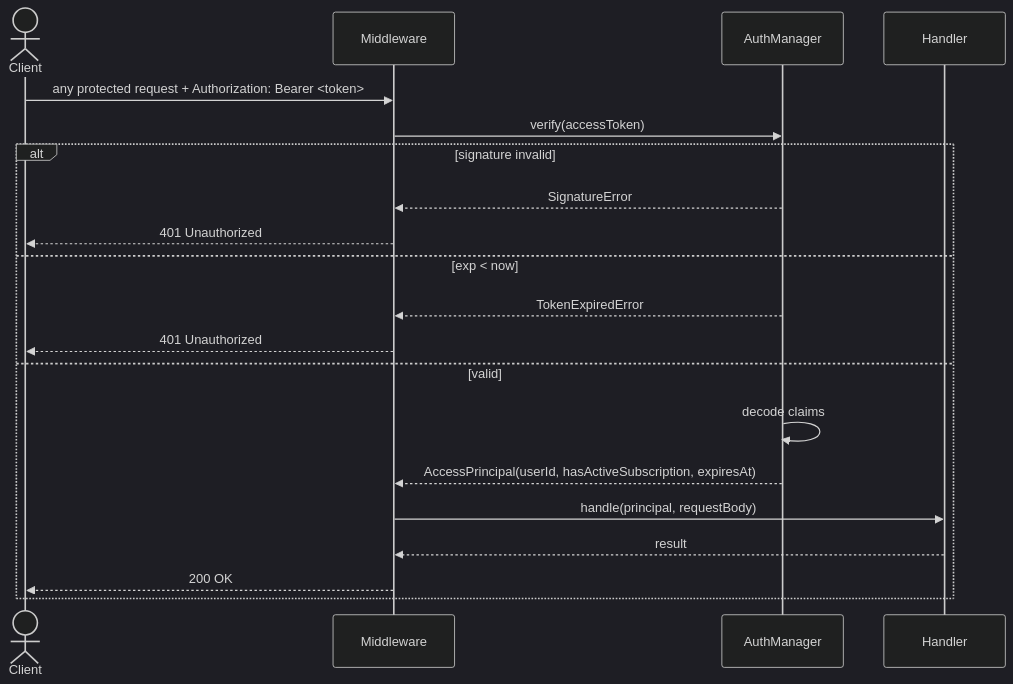
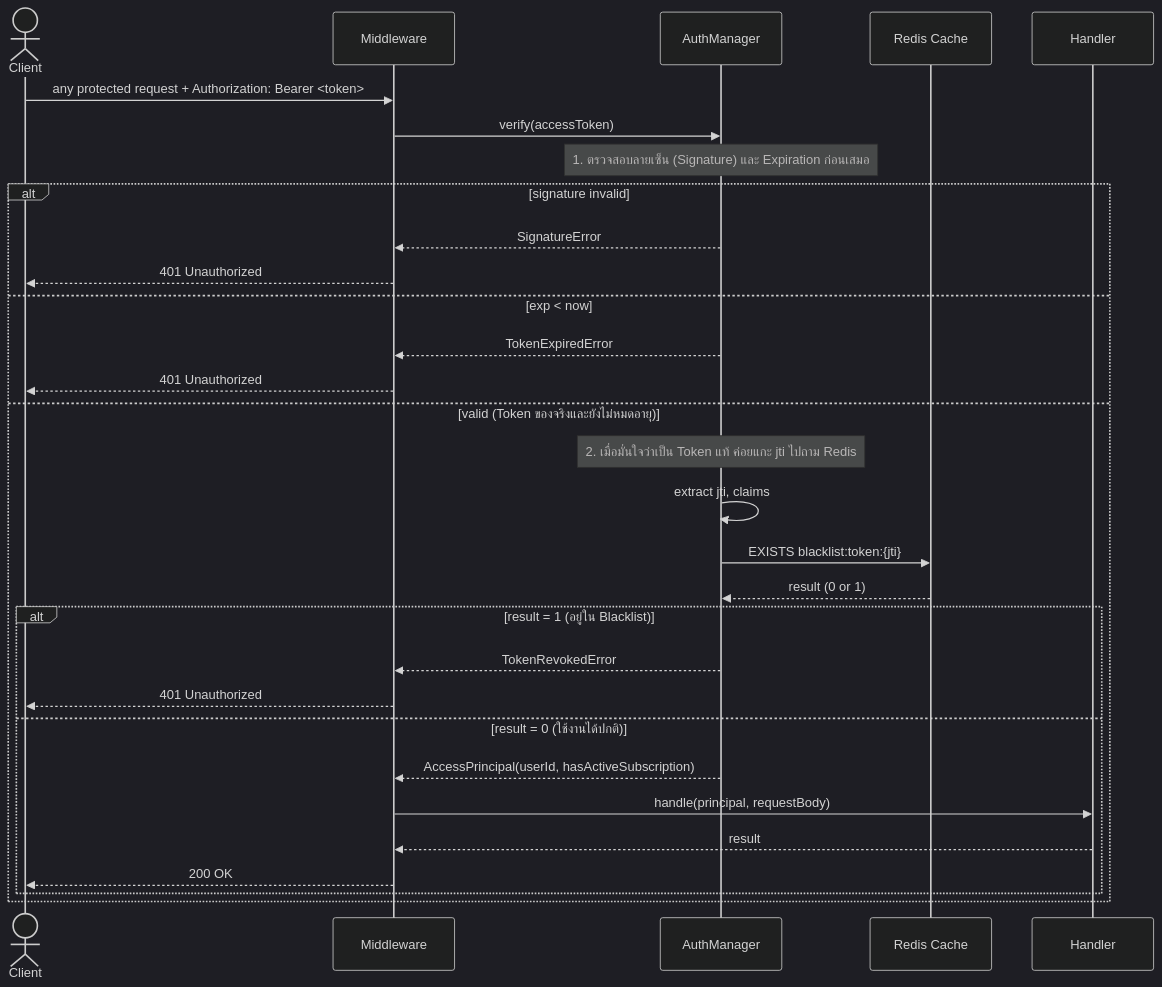
One commit to Bank-e/Music-Video-Streaming-Subscription-System changed the second of 4 diagrams in doc/sequence_02_auth.md. Above: the diagram before and after it, drawn with Mermaid (dark theme). The commit also changed other lines of this file, not shown here.

Commit message:
modified:   doc/sequence_02_auth.md

````diff
--- a/doc/sequence_02_auth.md
+++ b/doc/sequence_02_auth.md
@@ -42,23 +53,35 @@
 ```mermaid
 sequenceDiagram
   actor Client
   participant API as Middleware
   participant AM as AuthManager
+  participant Cache as Redis Cache
   participant H as Handler
 
   Client->>API: any protected request + Authorization: Bearer <token>
   API->>AM: verify(accessToken)
+
+  Note over AM: 1. ตรวจสอบลายเซ็น (Signature) และ Expiration ก่อนเสมอ
   alt signature invalid
     AM-->>API: SignatureError
     API-->>Client: 401 Unauthorized
   else exp < now
     AM-->>API: TokenExpiredError
     API-->>Client: 401 Unauthorized
-  else valid
-    AM->>AM: decode claims
-    AM-->>API: AccessPrincipal(userId, hasActiveSubscription, expiresAt)
-    API->>H: handle(principal, requestBody)
-    H-->>API: result
-    API-->>Client: 200 OK
+  else valid (Token ของจริงและยังไม่หมดอายุ)
+    Note over AM: 2. เมื่อมั่นใจว่าเป็น Token แท้ ค่อยแกะ jti ไปถาม Redis
+    AM->>AM: extract jti, claims
+    AM->>Cache: EXISTS blacklist:token:{jti}
+    Cache-->>AM: result (0 or 1)
+
+    alt result = 1 (อยู่ใน Blacklist)
+      AM-->>API: TokenRevokedError
+      API-->>Client: 401 Unauthorized
+    else result = 0 (ใช้งานได้ปกติ)
+      AM-->>API: AccessPrincipal(userId, hasActiveSubscription)
+      API->>H: handle(principal, requestBody)
+      H-->>API: result
+      API-->>Client: 200 OK
+    end
   end
 ```
````
